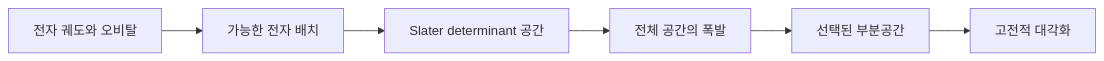
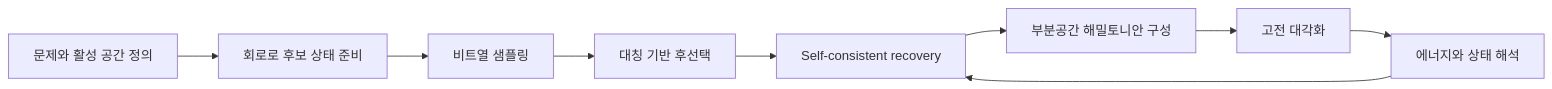
One commit to umyunsang/edu changed the diagram in ComputerScience/03_ai-ml-data/quantum-lecture/notes/05-1. 하이브리드 알고리즘 소개 — SQD.md. Above: the diagram before and after it, drawn with Mermaid. The commit also changed other lines of this file, not shown here.

````diff
--- a/ComputerScience/03_ai-ml-data/quantum-lecture/notes/05-1. 하이브리드 알고리즘 소개 — SQD.md
+++ b/ComputerScience/03_ai-ml-data/quantum-lecture/notes/05-1. 하이브리드 알고리즘 소개 — SQD.md
@@ -33,8 +82,11 @@
 ```mermaid
 flowchart LR
-    A["전자 궤도와 오비탈"] --> B["가능한 전자 배치"]
-    B --> C["Slater determinant 공간"]
-    C --> D["전체 공간의 폭발"]
-    D --> E["선택된 부분공간"]
-    E --> F["고전적 대각화"]
+    A["문제와 활성 공간 정의"] --> B["회로로 후보 상태 준비"]
+    B --> C["비트열 샘플링"]
+    C --> D["대칭 기반 후선택"]
+    D --> E["Self-consistent recovery"]
+    E --> F["부분공간 해밀토니안 구성"]
+    F --> G["고전 대각화"]
+    G --> H["에너지와 상태 해석"]
+    H --> E
 ```
````
